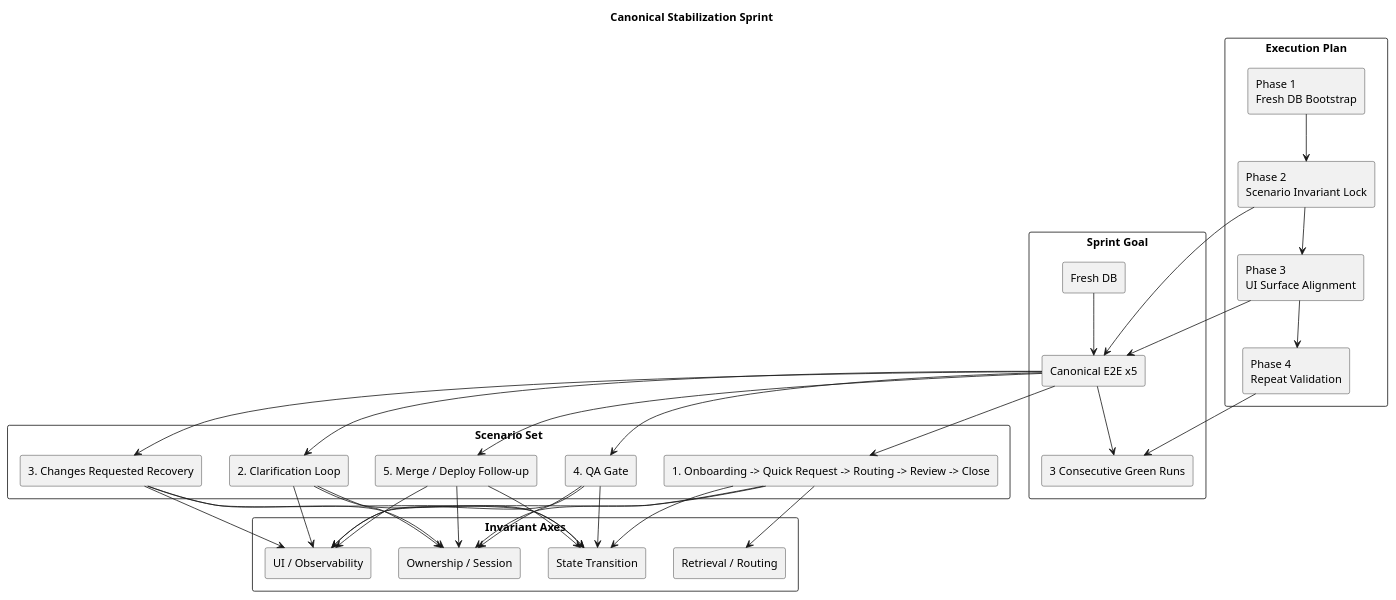
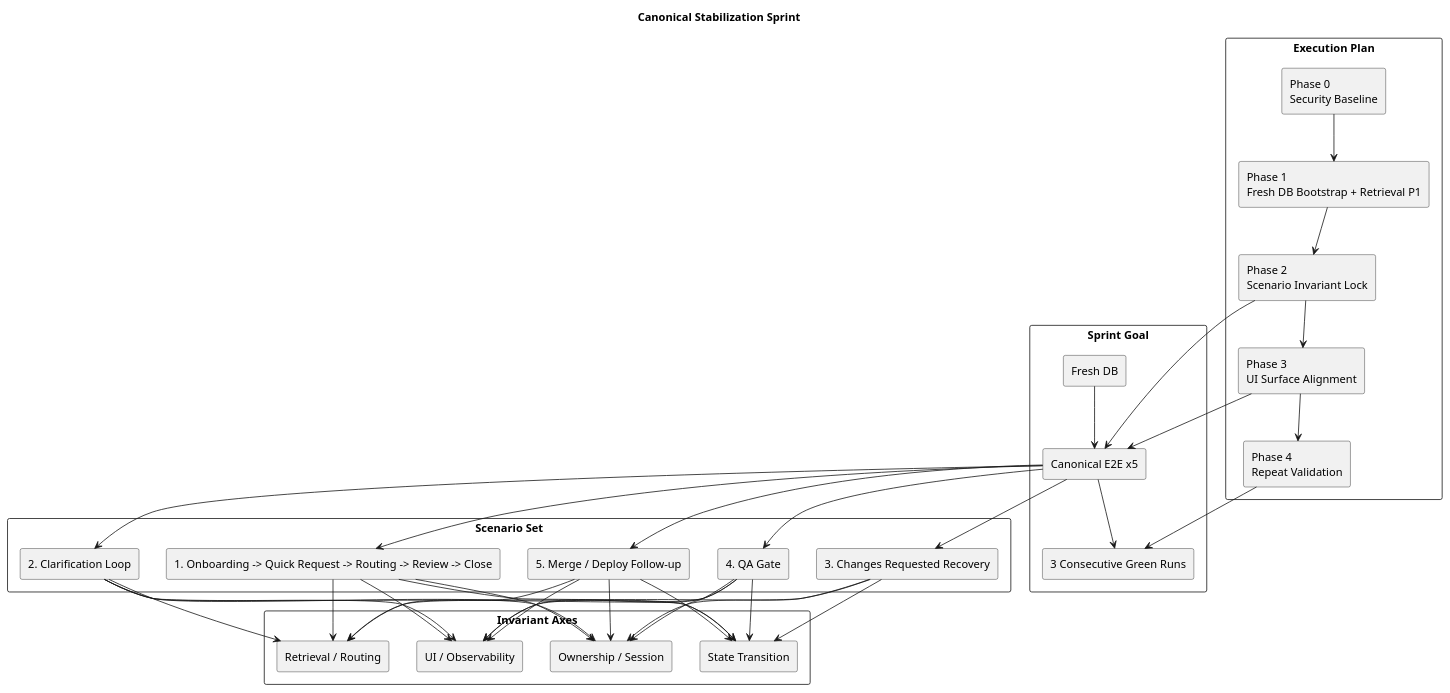
The diagram in docs/canonical-stabilization-sprint-plan-2026-03-18.puml (twpark-ops/squadrail), drawn with PlantUML before and after one commit. The commit also changed 21 other files, not shown here.

Commit message:
fix(security): harden phase-0 auth and issue routes

```diff
--- a/docs/canonical-stabilization-sprint-plan-2026-03-18.puml
+++ b/docs/canonical-stabilization-sprint-plan-2026-03-18.puml
@@ -1,74 +1,79 @@
 @startuml
 title Canonical Stabilization Sprint
 
 skinparam backgroundColor white
 skinparam packageStyle rectangle
 skinparam shadowing false
 
 package "Sprint Goal" {
   rectangle "Fresh DB" as FreshDb
   rectangle "Canonical E2E x5" as CanonicalE2E
   rectangle "3 Consecutive Green Runs" as Green3
 }
 
 package "Scenario Set" {
   rectangle "1. Onboarding -> Quick Request -> Routing -> Review -> Close" as S1
   rectangle "2. Clarification Loop" as S2
   rectangle "3. Changes Requested Recovery" as S3
   rectangle "4. QA Gate" as S4
   rectangle "5. Merge / Deploy Follow-up" as S5
 }
 
 package "Invariant Axes" {
   rectangle "State Transition" as StateAxis
   rectangle "Ownership / Session" as OwnerAxis
   rectangle "Retrieval / Routing" as RagAxis
   rectangle "UI / Observability" as UiAxis
 }
 
 package "Execution Plan" {
-  rectangle "Phase 1\nFresh DB Bootstrap" as P1
+  rectangle "Phase 0\nSecurity Baseline" as P0
+  rectangle "Phase 1\nFresh DB Bootstrap + Retrieval P1" as P1
   rectangle "Phase 2\nScenario Invariant Lock" as P2
   rectangle "Phase 3\nUI Surface Alignment" as P3
   rectangle "Phase 4\nRepeat Validation" as P4
 }
 
 FreshDb --> CanonicalE2E
 CanonicalE2E --> Green3
 
 CanonicalE2E --> S1
 CanonicalE2E --> S2
 CanonicalE2E --> S3
 CanonicalE2E --> S4
 CanonicalE2E --> S5
 
 S1 --> StateAxis
 S1 --> OwnerAxis
 S1 --> RagAxis
 S1 --> UiAxis
 
 S2 --> StateAxis
 S2 --> OwnerAxis
+S2 --> RagAxis
 S2 --> UiAxis
 
 S3 --> StateAxis
 S3 --> OwnerAxis
 S3 --> UiAxis
 
 S4 --> StateAxis
 S4 --> OwnerAxis
+S4 --> RagAxis
 S4 --> UiAxis
 
 S5 --> StateAxis
 S5 --> OwnerAxis
+S5 --> RagAxis
 S5 --> UiAxis
 
+P0 --> P1
 P1 --> P2
 P2 --> P3
 P3 --> P4
 
 P2 --> CanonicalE2E
 P3 --> CanonicalE2E
 P4 --> Green3
 
 @enduml
```
